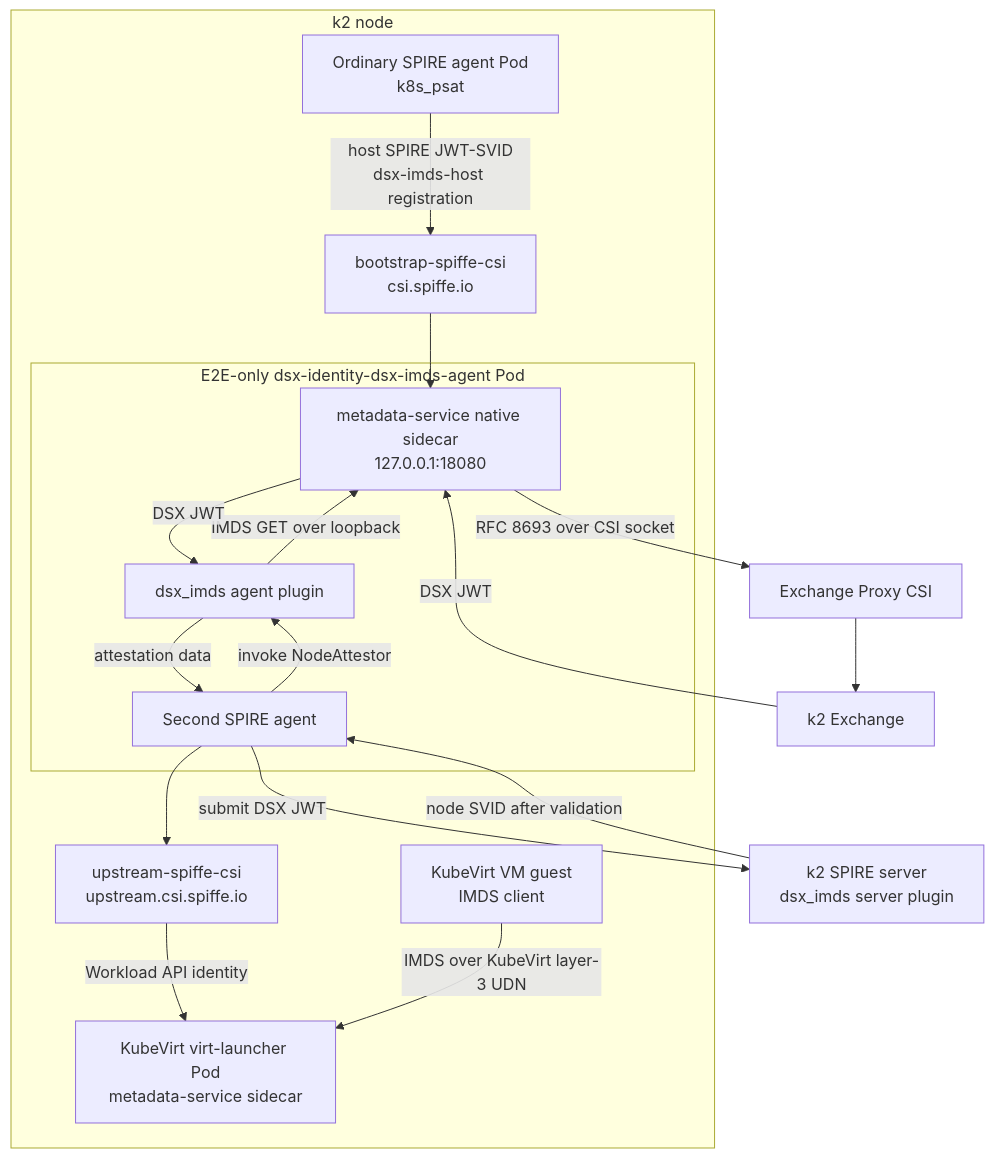
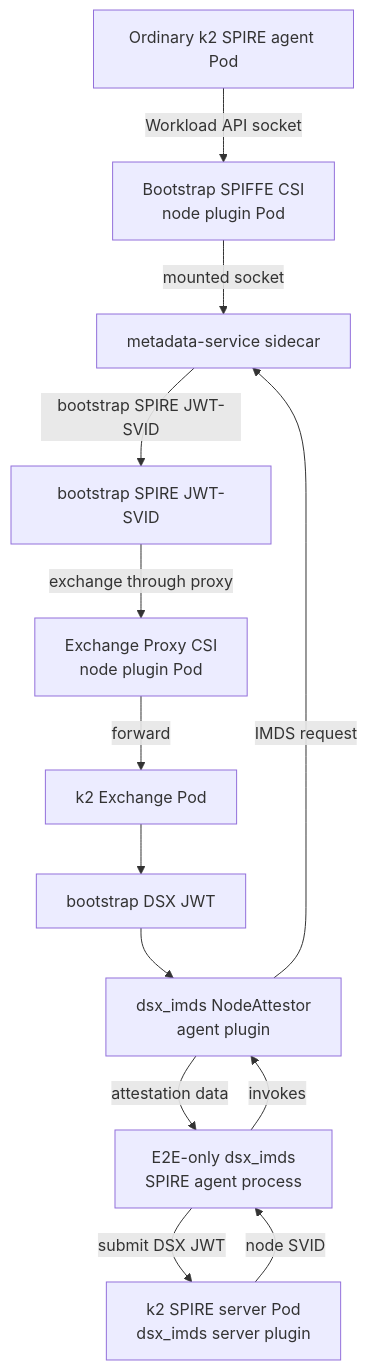
One commit to dsx-ai-factory/nvidia-workload-identity changed the seventh of 9 diagrams in README.md. Above: the diagram before and after it, drawn with Mermaid. The commit also changed other lines of this file and 34 other files, not shown here.

````diff
--- a/README.md
+++ b/README.md
@@ -286,34 +404,26 @@
 ```mermaid
 flowchart TB
-  subgraph Node["k2 node"]
-    Ordinary["Ordinary SPIRE agent Pod<br/>k8s_psat"]
-    BootstrapCSI["bootstrap-spiffe-csi<br/>csi.spiffe.io"]
-    subgraph AgentPod["E2E-only dsx-identity-dsx-imds-agent Pod"]
-      Agent["Second SPIRE agent"]
-      Plugin["dsx_imds agent plugin"]
-      BootstrapMetadata["metadata-service native sidecar<br/>127.0.0.1:18080"]
-    end
-    AttestedCSI["upstream-spiffe-csi<br/>upstream.csi.spiffe.io"]
-    VirtLauncher["KubeVirt virt-launcher Pod<br/>metadata-service sidecar"]
-    Guest["KubeVirt VM guest<br/>IMDS client"]
-  end
-
-  ExchangeProxy["Exchange Proxy CSI"]
-  Exchange["k2 Exchange"]
-  Server["k2 SPIRE server<br/>dsx_imds server plugin"]
-
-  Ordinary -->|"host SPIRE JWT-SVID<br/>dsx-imds-host registration"| BootstrapCSI
-  BootstrapCSI --> BootstrapMetadata
-  Agent -->|"invoke NodeAttestor"| Plugin
-  Plugin -->|"IMDS GET over loopback"| BootstrapMetadata
-  BootstrapMetadata -->|"RFC 8693 over CSI socket"| ExchangeProxy
-  ExchangeProxy --> Exchange
-  Exchange -->|"DSX JWT"| BootstrapMetadata
-  BootstrapMetadata -->|"DSX JWT"| Plugin
+  Ordinary -->|"Workload API socket"| BootstrapCSI
+  BootstrapCSI -->|"mounted socket"| BootstrapMetadata
+  Agent -->|"invokes"| Plugin
+  Plugin -->|"IMDS request"| BootstrapMetadata
+  BootstrapMetadata -->|"bootstrap SPIRE JWT-SVID"| BootstrapJWT
+  BootstrapJWT -->|"exchange through proxy"| ExchangeProxy
+  ExchangeProxy -->|"forward"| Exchange
+  Exchange --> BootstrapDSX
+  BootstrapDSX --> Plugin
   Plugin -->|"attestation data"| Agent
   Agent -->|"submit DSX JWT"| Server
-  Server -->|"node SVID after validation"| Agent
-  Agent --> AttestedCSI
-  AttestedCSI -->|"Workload API identity"| VirtLauncher
-  Guest -->|"IMDS over KubeVirt layer-3 UDN"| VirtLauncher
+  Server -->|"node SVID"| Agent
+
+  Ordinary["Ordinary k2 SPIRE agent Pod"]
+  BootstrapCSI["Bootstrap SPIFFE CSI<br/>node plugin Pod"]
+  Agent["E2E-only dsx_imds<br/>SPIRE agent process"]
+  Plugin["dsx_imds NodeAttestor<br/>agent plugin"]
+  BootstrapMetadata["metadata-service sidecar"]
+  BootstrapJWT["bootstrap SPIRE JWT-SVID"]
+  BootstrapDSX["bootstrap DSX JWT"]
+  ExchangeProxy["Exchange Proxy CSI<br/>node plugin Pod"]
+  Exchange["k2 Exchange Pod"]
+  Server["k2 SPIRE server Pod<br/>dsx_imds server plugin"]
 ```
````
